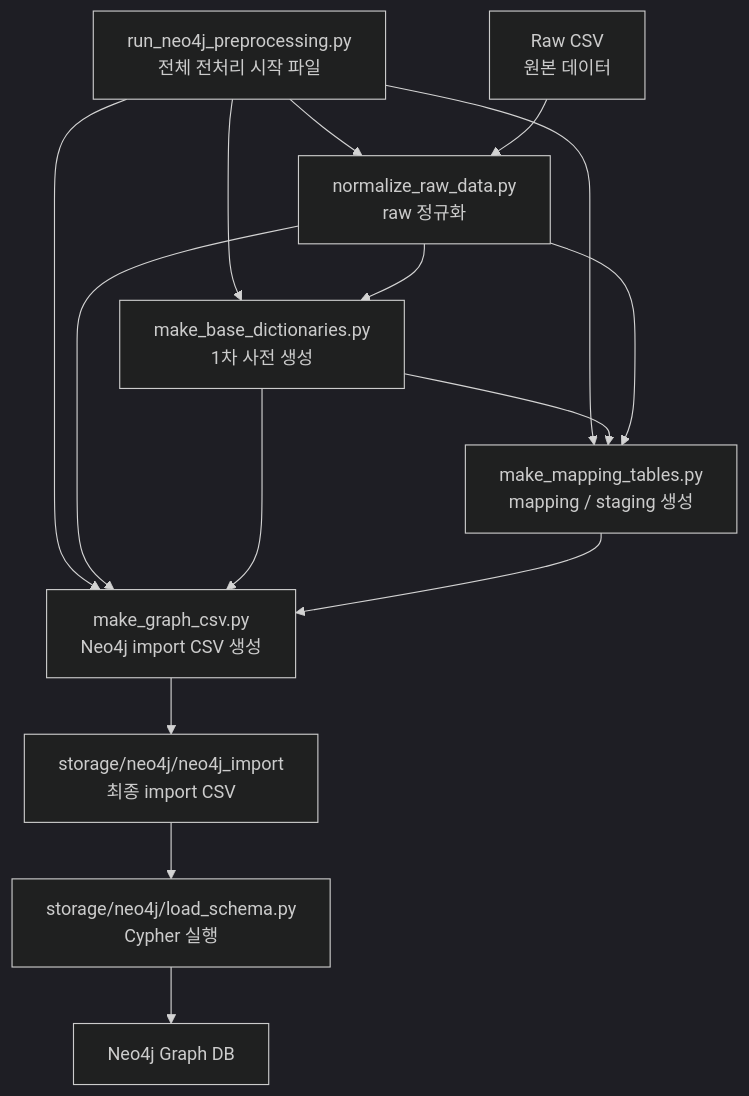
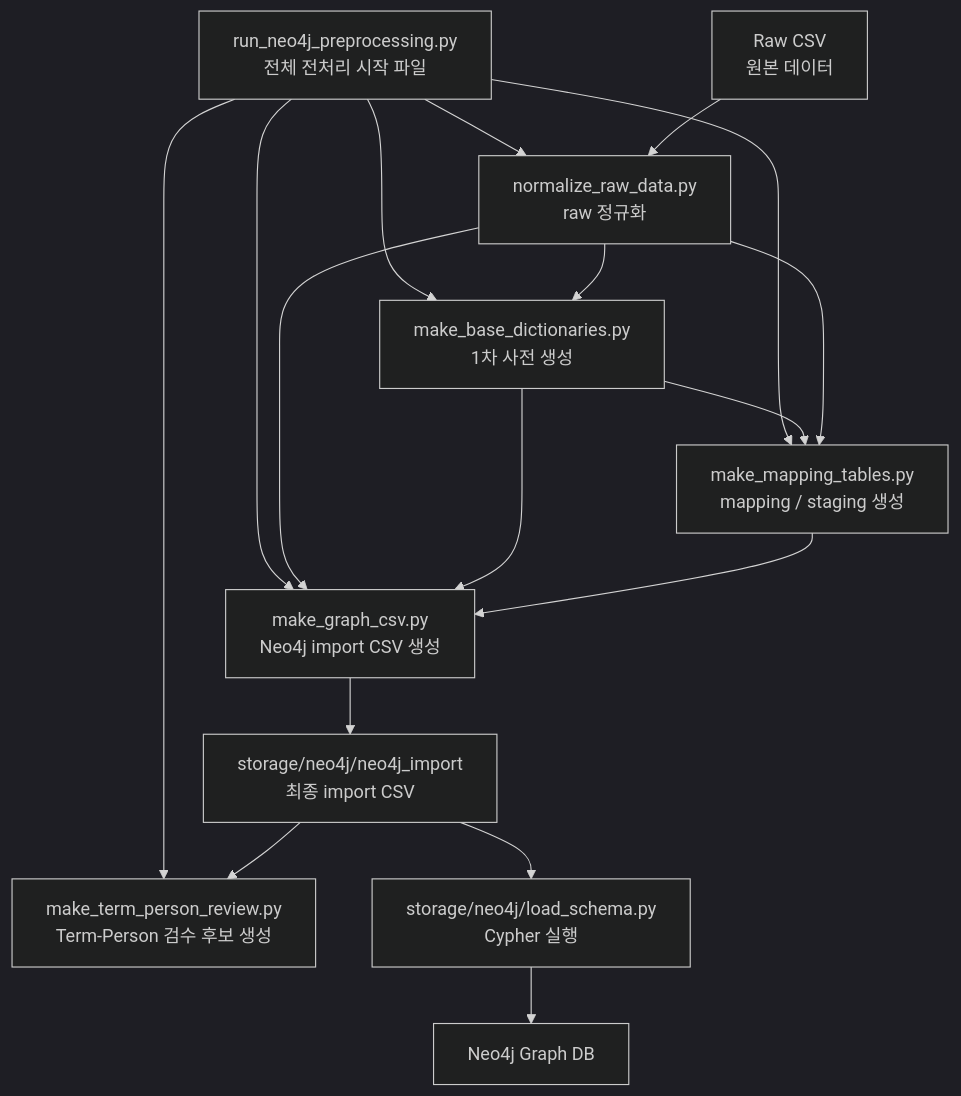
Before and after one commit to SKNETWORKS-FAMILY-AICAMP/SKN27-FINAL-2Team: the first of 20 diagrams in docs/neo4j/neo4j_implementation_mermaid_flow.md, drawn with Mermaid (dark theme). The commit also changed other lines of this file and 20 other files, not shown here.

````diff
--- a/docs/neo4j/neo4j_implementation_mermaid_flow.md
+++ b/docs/neo4j/neo4j_implementation_mermaid_flow.md
@@ -24,29 +24,32 @@
 ```mermaid
 flowchart TB
     runner["run_neo4j_preprocessing.py<br/>전체 전처리 시작 파일"]
 
     raw["Raw CSV<br/>원본 데이터"]
     normalize["normalize_raw_data.py<br/>raw 정규화"]
     base_dict["make_base_dictionaries.py<br/>1차 사전 생성"]
     mapping["make_mapping_tables.py<br/>mapping / staging 생성"]
     graph_csv["make_graph_csv.py<br/>Neo4j import CSV 생성"]
+    term_person_review["make_term_person_review.py<br/>Term-Person 검수 후보 생성"]
     import_dir["storage/neo4j/neo4j_import<br/>최종 import CSV"]
     schema_runner["storage/neo4j/load_schema.py<br/>Cypher 실행"]
     neo4j["Neo4j Graph DB"]
 
     runner --> normalize
     runner --> base_dict
     runner --> mapping
     runner --> graph_csv
+    runner --> term_person_review
 
     raw --> normalize
     normalize --> base_dict
     base_dict --> mapping
     normalize --> mapping
     normalize --> graph_csv
     base_dict --> graph_csv
     mapping --> graph_csv
     graph_csv --> import_dir
+    import_dir --> term_person_review
     import_dir --> schema_runner
     schema_runner --> neo4j
 ```
````
